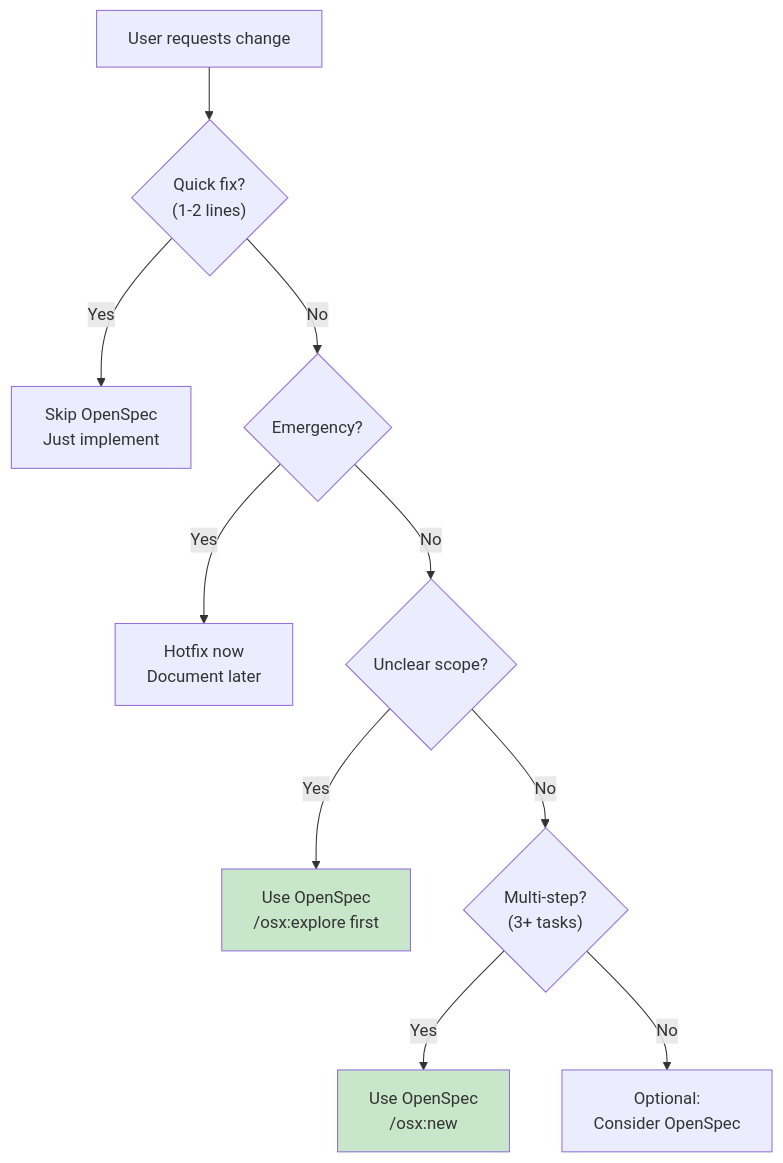
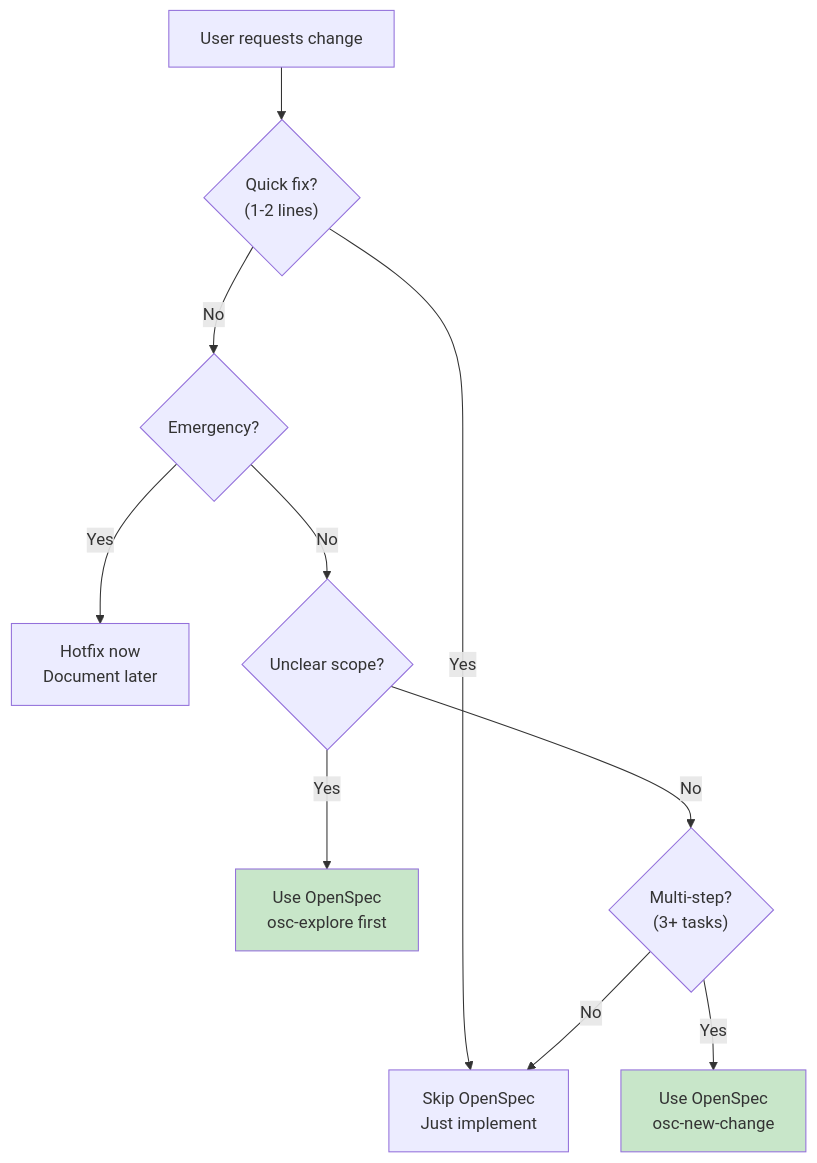
Before and after one commit to amauryconstant/openspec-extended: the third of 3 diagrams in resources/opencode/skills/osx-concepts/SKILL.md, drawn with Mermaid. The commit also changed other lines of this file and 15 other files, not shown here.

````diff
--- a/resources/opencode/skills/osx-concepts/SKILL.md
+++ b/resources/opencode/skills/osx-concepts/SKILL.md
@@ -241,31 +222,29 @@
 ```mermaid
 graph TB
     start["User requests change"]
-    
-    q1{"Quick fix?<br/>(1-2 lines)"}
-    skip1["Skip OpenSpec<br/>Just implement"]
-    
+
+    q1{"Quick fix?<br>(1-2 lines)"}
+    skip1["Skip OpenSpec<br>Just implement"]
+
     q2{"Emergency?"}
-    skip2["Hotfix now<br/>Document later"]
-    
+    skip2["Hotfix now<br>Document later"]
+
     q3{"Unclear scope?"}
-    use1["Use OpenSpec<br/>/osx:explore first"]
-    
-    q4{"Multi-step?<br/>(3+ tasks)"}
-    use2["Use OpenSpec<br/>/osx:new"]
-    
-    optional["Optional:<br/>Consider OpenSpec"]
-    
+    use1["Use OpenSpec<br>osc-explore first"]
+
+    q4{"Multi-step?<br>(3+ tasks)"}
+    use2["Use OpenSpec<br>osc-new-change"]
+
     start --> q1
     q1 -->|"Yes"| skip1
     q1 -->|"No"| q2
     q2 -->|"Yes"| skip2
     q2 -->|"No"| q3
     q3 -->|"Yes"| use1
     q3 -->|"No"| q4
     q4 -->|"Yes"| use2
-    q4 -->|"No"| optional
-    
+    q4 -->|"No"| skip1
+
     style use1 fill:#c8e6c9
     style use2 fill:#c8e6c9
 ```
````
